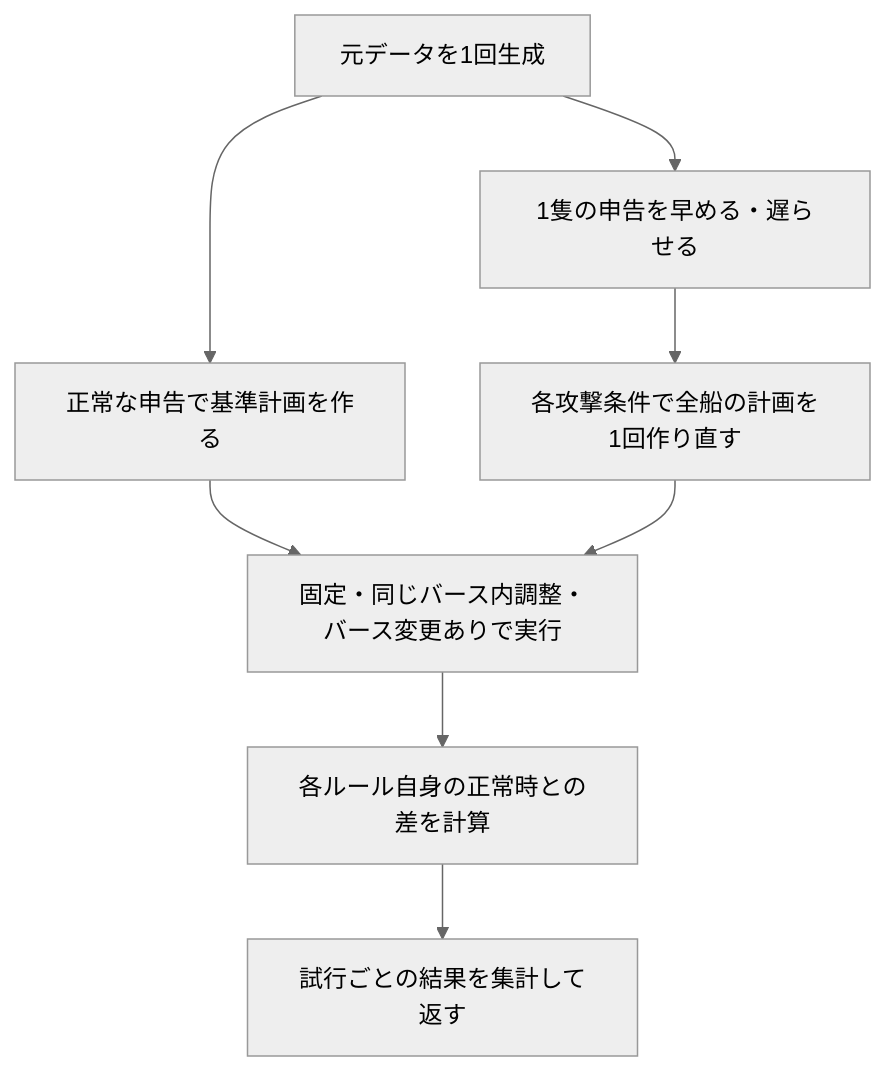
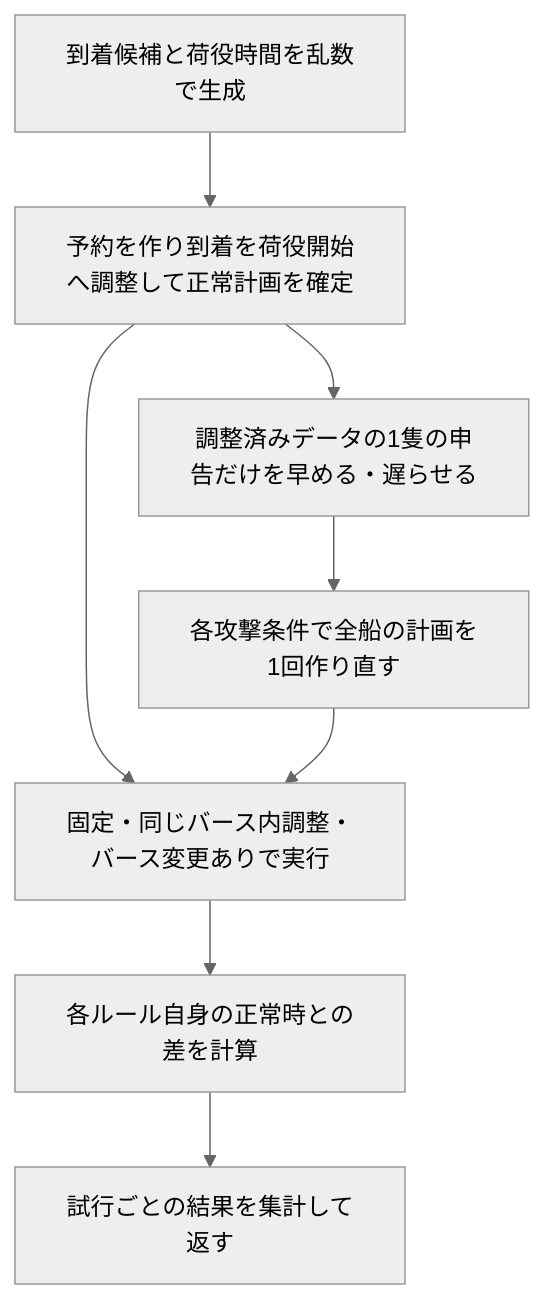
One commit to ryusukeke/thesis changed the diagram in docs/実装説明.md. Above: the diagram before and after it, drawn with Mermaid (neutral theme). The commit also changed other lines of this file and 8 other files, not shown here.

````diff
--- a/docs/実装説明.md
+++ b/docs/実装説明.md
@@ -11,10 +11,10 @@
 ```mermaid
 flowchart TD
-    A[元データを1回生成] --> B[正常な申告で基準計画を作る]
-    A --> C[1隻の申告を早める・遅らせる]
+    A[到着候補と荷役時間を乱数で生成] --> B[予約を作り到着を荷役開始へ調整して正常計画を確定]
+    B --> C[調整済みデータの1隻の申告だけを早める・遅らせる]
     C --> D[各攻撃条件で全船の計画を1回作り直す]
     B --> E[固定・同じバース内調整・バース変更ありで実行]
     D --> E
     E --> F[各ルール自身の正常時との差を計算]
     F --> G[試行ごとの結果を集計して返す]
 ```
````
